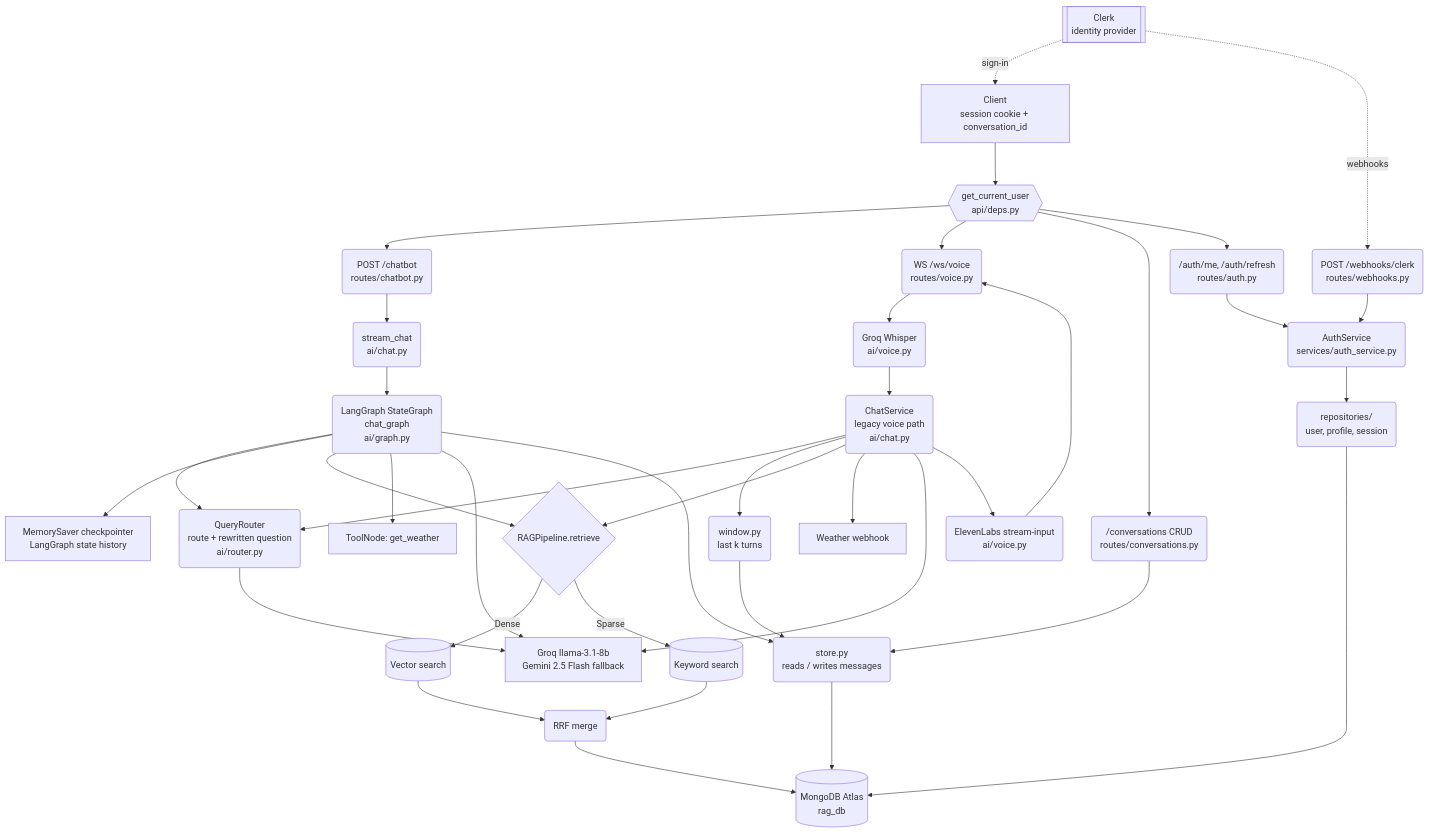
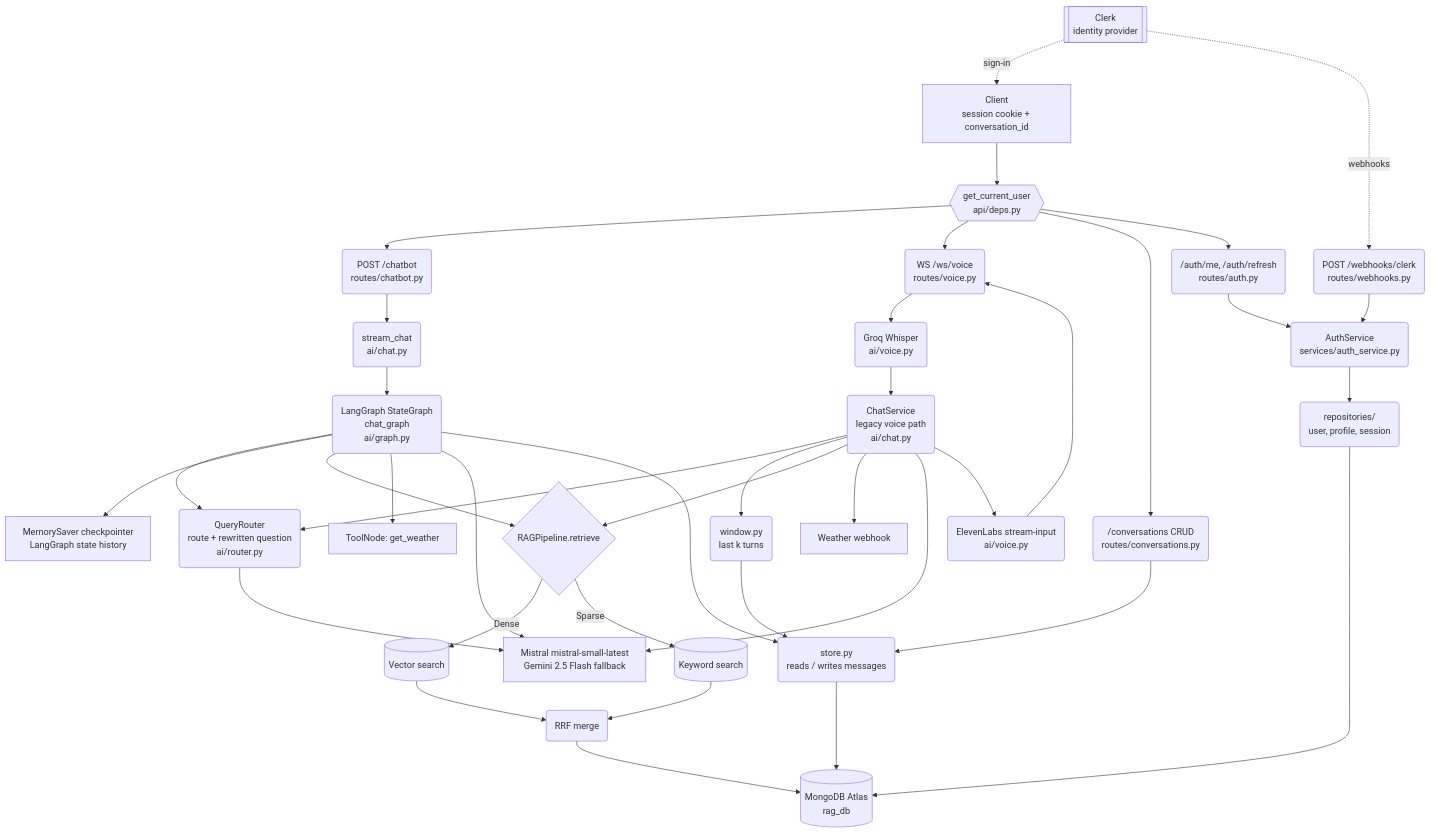
One commit to Harish1404/LangGraph-AI-Backend changed the first of 4 diagrams in docs/architecture.md. Above: the diagram before and after it, drawn with Mermaid. The commit also changed other lines of this file and 15 other files, not shown here.

````diff
--- a/docs/architecture.md
+++ b/docs/architecture.md
@@ -41,47 +41,47 @@
 ```mermaid
 graph TD
     CLERK[[Clerk<br/>identity provider]] -.sign-in.-> UI
     CLERK -.webhooks.-> WH(POST /webhooks/clerk<br/>routes/webhooks.py)
 
     UI[Client<br/>session cookie + conversation_id] --> GATE
     GATE{{get_current_user<br/>api/deps.py}} --> CHATEP(POST /chatbot<br/>routes/chatbot.py)
     GATE --> VOICEEP(WS /ws/voice<br/>routes/voice.py)
     GATE --> CONVEP(/conversations CRUD<br/>routes/conversations.py)
     GATE --> AUTHEP(/auth/me, /auth/refresh<br/>routes/auth.py)
 
     AUTHEP --> AUTHSVC(AuthService<br/>services/auth_service.py)
     WH --> AUTHSVC
     AUTHSVC --> REPOS(repositories/<br/>user, profile, session)
     REPOS --> DB
 
     CHATEP --> STREAM(stream_chat<br/>ai/chat.py)
     STREAM --> GRAPH(LangGraph StateGraph<br/>chat_graph<br/>ai/graph.py)
 
     GRAPH --> ROUTER(QueryRouter<br/>route + rewritten question<br/>ai/router.py)
     GRAPH --> CHECKPOINT[MemorySaver checkpointer<br/>LangGraph state history]
     GRAPH --> PIPE{RAGPipeline.retrieve}
     GRAPH --> TOOLNODE[ToolNode: get_weather]
-    GRAPH --> LLM[Groq llama-3.1-8b<br/>Gemini 2.5 Flash fallback]
+    GRAPH --> LLM[Mistral mistral-small-latest<br/>Gemini 2.5 Flash fallback]
 
     VOICEEP --> STT(Groq Whisper<br/>ai/voice.py)
     STT --> SERVICE(ChatService<br/>legacy voice path<br/>ai/chat.py)
     SERVICE --> ROUTER
     SERVICE --> WINDOW(window.py<br/>last k turns)
     SERVICE --> PIPE
     SERVICE --> HOOK[Weather webhook]
     SERVICE --> LLM
     SERVICE --> TTS(ElevenLabs stream-input<br/>ai/voice.py)
     TTS --> VOICEEP
 
     ROUTER --> LLM
     PIPE -->|Dense| VEC[(Vector search)]
     PIPE -->|Sparse| KEY[(Keyword search)]
     VEC --> RRF(RRF merge)
     KEY --> RRF
     RRF --> DB[(MongoDB Atlas<br/>rag_db)]
 
     WINDOW --> STORE(store.py<br/>reads / writes messages)
     GRAPH --> STORE
     CONVEP --> STORE
     STORE --> DB
 ```
````
